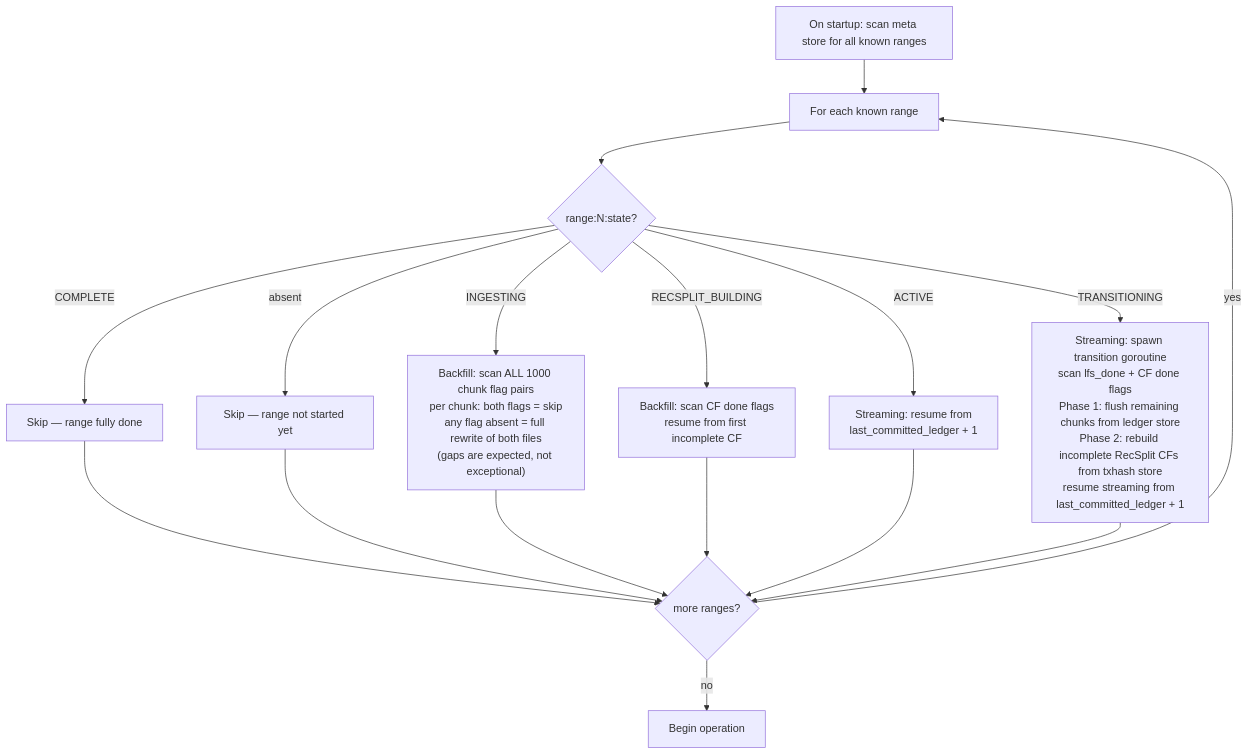
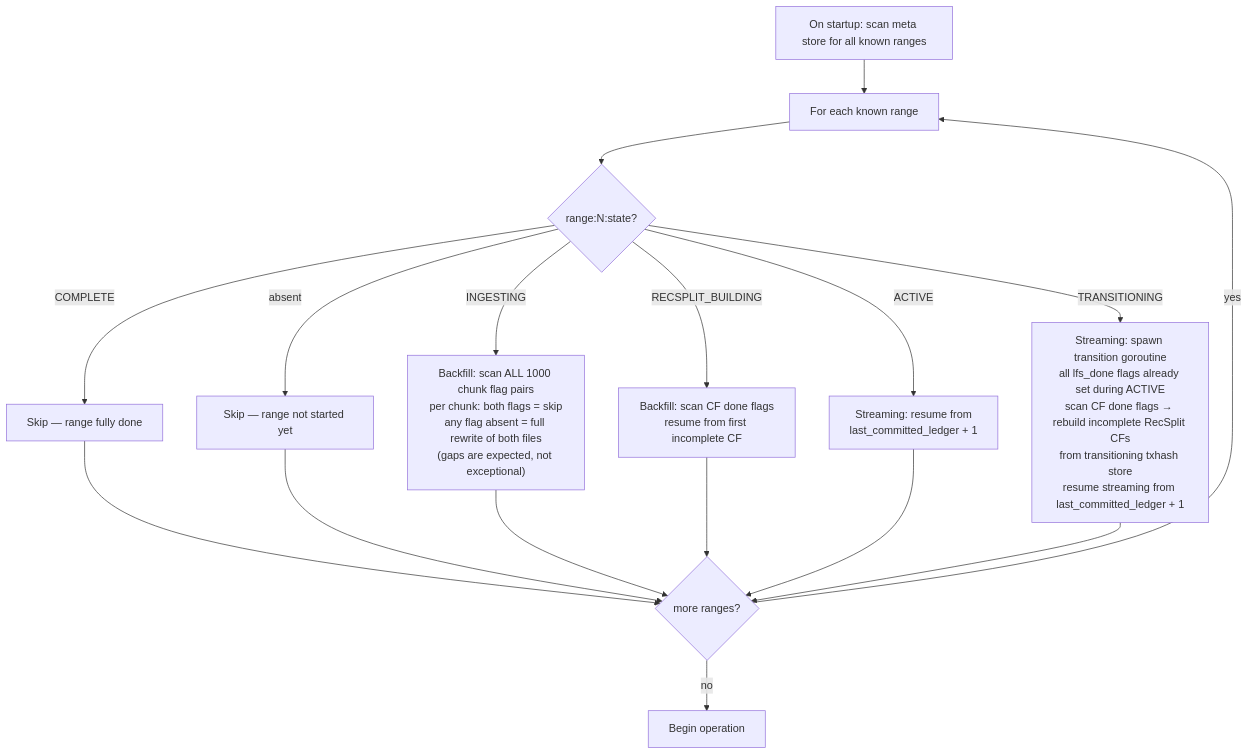
One commit to karthikiyer56/stellar-full-history-ingestion changed the third of 3 diagrams in design-docs-v2/07-crash-recovery.md. Above: the diagram before and after it, drawn with Mermaid. The commit also changed other lines of this file and 14 other files, not shown here.

First line of the commit message:
docs: fix streaming model — independent sub-flow transitions at chunk/range cadence

````diff
--- a/design-docs-v2/07-crash-recovery.md
+++ b/design-docs-v2/07-crash-recovery.md
@@ -1288,19 +1351,19 @@
 ```mermaid
 flowchart TD
     START["On startup: scan meta store for all known ranges"] --> FOREACH["For each known range"]
     FOREACH --> RS{range:N:state?}
     RS -->|COMPLETE| SKIP["Skip — range fully done"]
     RS -->|absent| SKIP2["Skip — range not started yet"]
     RS -->|INGESTING| BACKFILL_RESUME["Backfill: scan ALL 1000 chunk flag pairs<br/>per chunk: both flags = skip<br/>any flag absent = full rewrite of both files<br/>(gaps are expected, not exceptional)"]
     RS -->|RECSPLIT_BUILDING| RECSPLIT_RESUME["Backfill: scan CF done flags<br/>resume from first incomplete CF"]
     RS -->|ACTIVE| STREAMING_RESUME["Streaming: resume from<br/>last_committed_ledger + 1"]
-    RS -->|TRANSITIONING| TRANS_RESUME["Streaming: spawn transition goroutine<br/>scan lfs_done + CF done flags<br/>Phase 1: flush remaining chunks from ledger store<br/>Phase 2: rebuild incomplete RecSplit CFs from txhash store<br/>resume streaming from last_committed_ledger + 1"]
+    RS -->|TRANSITIONING| TRANS_RESUME["Streaming: spawn transition goroutine<br/>all lfs_done flags already set during ACTIVE<br/>scan CF done flags → rebuild incomplete RecSplit CFs<br/>from transitioning txhash store<br/>resume streaming from last_committed_ledger + 1"]
     SKIP --> NEXT{more ranges?}
     SKIP2 --> NEXT
     BACKFILL_RESUME --> NEXT
     RECSPLIT_RESUME --> NEXT
     STREAMING_RESUME --> NEXT
     TRANS_RESUME --> NEXT
     NEXT -->|yes| FOREACH
     NEXT -->|no| OPERATE["Begin operation"]
 ```
````
